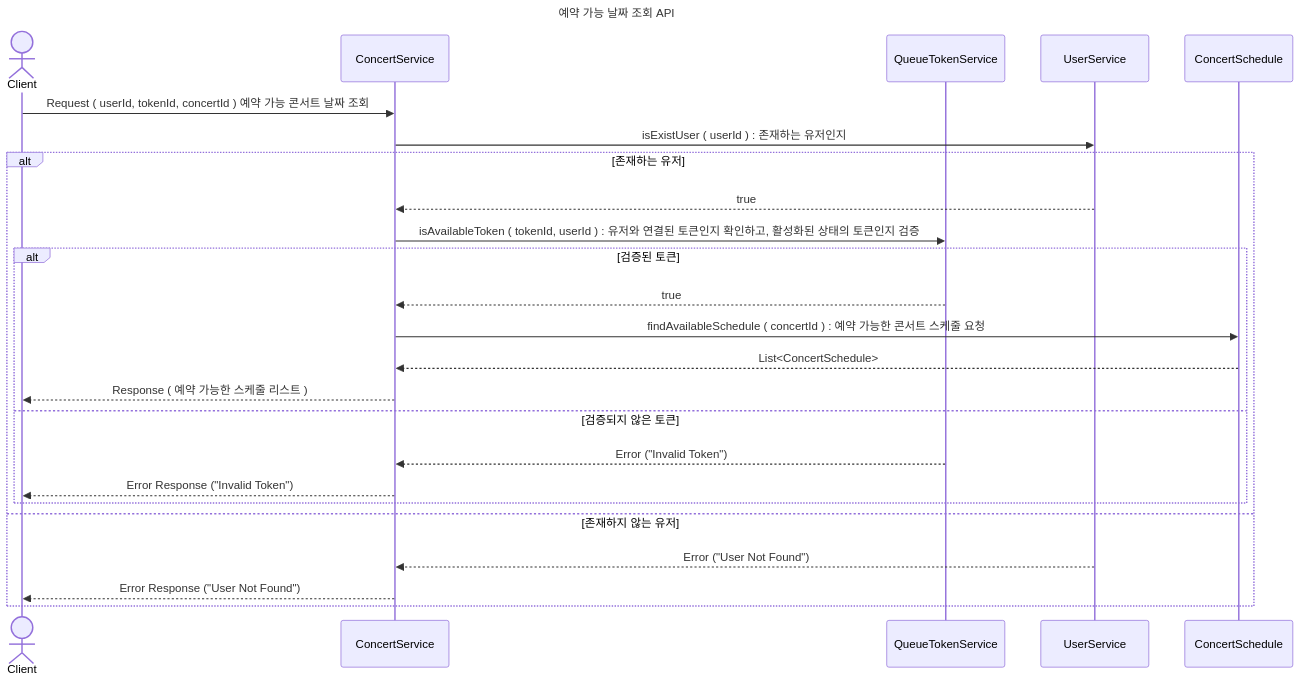
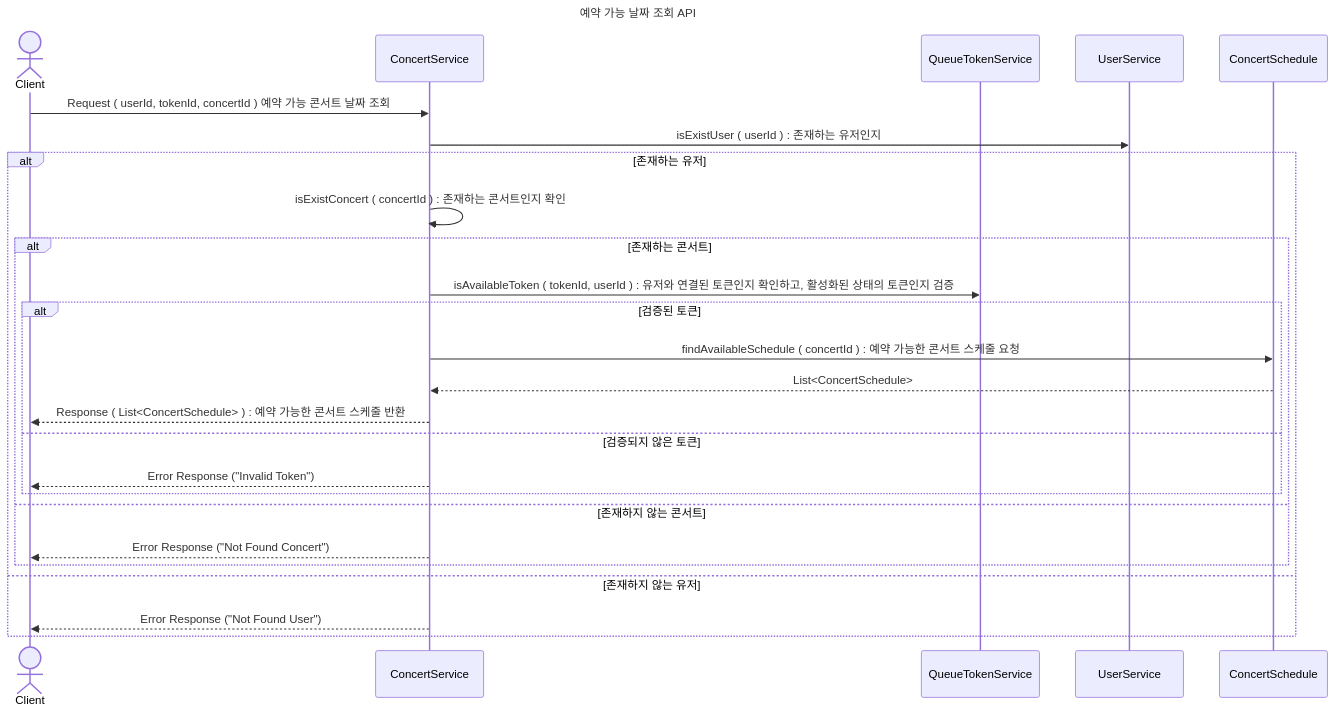
One commit to GustavEiffels/hhplus_server_build changed the diagram in design/sequence_diagram/예약_가능_날짜_조회_API.md. Above: the diagram before and after it, drawn with Mermaid. The commit also changed 2 other files, not shown here.

Commit message:
[fix] 작성한 시퀀스 다이어그램 전체적으로 수정

````diff
--- a/design/sequence_diagram/예약_가능_날짜_조회_API.md
+++ b/design/sequence_diagram/예약_가능_날짜_조회_API.md
@@ -1,33 +1,35 @@
 ```mermaid
 ---
 title: 예약 가능 날짜 조회 API
 ---
 sequenceDiagram
     actor client as Client
     participant concert as ConcertService
     participant token as QueueTokenService
     participant user as UserService
     participant schedule as ConcertSchedule
 
     client->>concert: Request ( userId, tokenId, concertId ) 예약 가능 콘서트 날짜 조회
     concert->>user: isExistUser ( userId ) : 존재하는 유저인지
     
     alt 존재하는 유저
-        user-->>concert: true
-        concert->>token: isAvailableToken ( tokenId, userId ) : 유저와 연결된 토큰인지 확인하고, 활성화된 상태의 토큰인지 검증
-        
-        alt 검증된 토큰
-            token-->>concert: true 
-            concert->>schedule: findAvailableSchedule ( concertId ) : 예약 가능한 콘서트 스케줄 요청
-            schedule-->>concert: List<ConcertSchedule>
-            concert-->>client: Response ( 예약 가능한 스케줄 리스트 )
-        else 검증되지 않은 토큰
-            token-->>concert: Error ("Invalid Token")
-            concert-->>client: Error Response ("Invalid Token")
+        concert->>concert : isExistConcert ( concertId ) : 존재하는 콘서트인지 확인 
+
+        alt 존재하는 콘서트
+            concert->>token: isAvailableToken ( tokenId, userId ) : 유저와 연결된 토큰인지 확인하고, 활성화된 상태의 토큰인지 검증
+            
+            alt 검증된 토큰
+                concert->>schedule: findAvailableSchedule ( concertId ) : 예약 가능한 콘서트 스케줄 요청
+                schedule-->>concert: List<ConcertSchedule>
+                concert-->>client: Response ( List<ConcertSchedule> ) : 예약 가능한 콘서트 스케줄 반환 
+            else 검증되지 않은 토큰
+                concert-->>client: Error Response ("Invalid Token")
+            end
+        else 존재하지 않는 콘서트 
+            concert-->>client: Error Response ("Not Found Concert")
         end
 
     else 존재하지 않는 유저
-        user-->>concert: Error ("User Not Found")
-        concert-->>client: Error Response ("User Not Found")
+        concert-->>client: Error Response ("Not Found User")
     end
 ```
````
